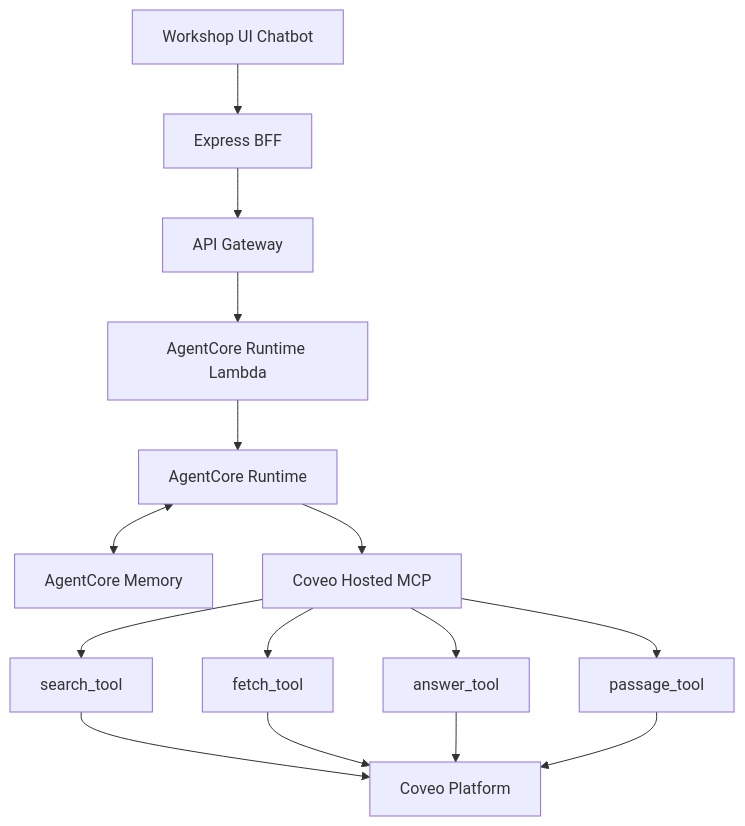
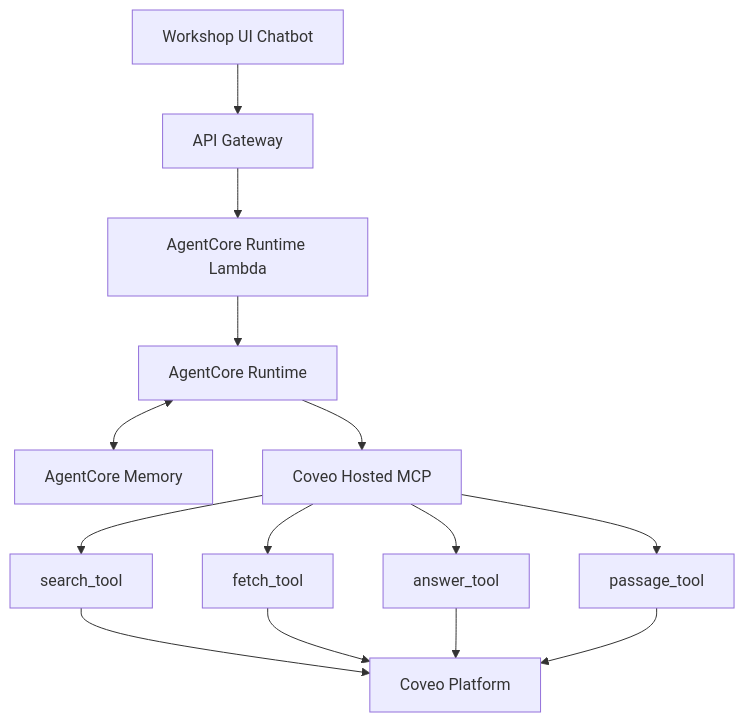
The third of 5 diagrams in mkdocs-workshop/docs/resources/diagrams.md (kpullagu/aws-coveo-workshop-stackset), drawn with Mermaid before and after one commit. The commit also changed other lines of this file and 1 other file, not shown here.

````diff
--- a/mkdocs-workshop/docs/resources/diagrams.md
+++ b/mkdocs-workshop/docs/resources/diagrams.md
@@ -61,17 +58,16 @@
 ```mermaid
 graph TB
-    UI[Workshop UI Chatbot] --> BFF[Express BFF]
-    BFF --> API[API Gateway]
+    UI[Workshop UI Chatbot] --> API[API Gateway]
     API --> Lambda[AgentCore Runtime Lambda]
     Lambda --> Runtime[AgentCore Runtime]
     Runtime <--> Memory[AgentCore Memory]
     Runtime --> MCP[Coveo Hosted MCP]
     MCP --> Search[search_tool]
     MCP --> Fetch[fetch_tool]
     MCP --> Answer[answer_tool]
     MCP --> Passage[passage_tool]
     Search --> Coveo[Coveo Platform]
     Fetch --> Coveo
     Answer --> Coveo
     Passage --> Coveo
 ```
````
